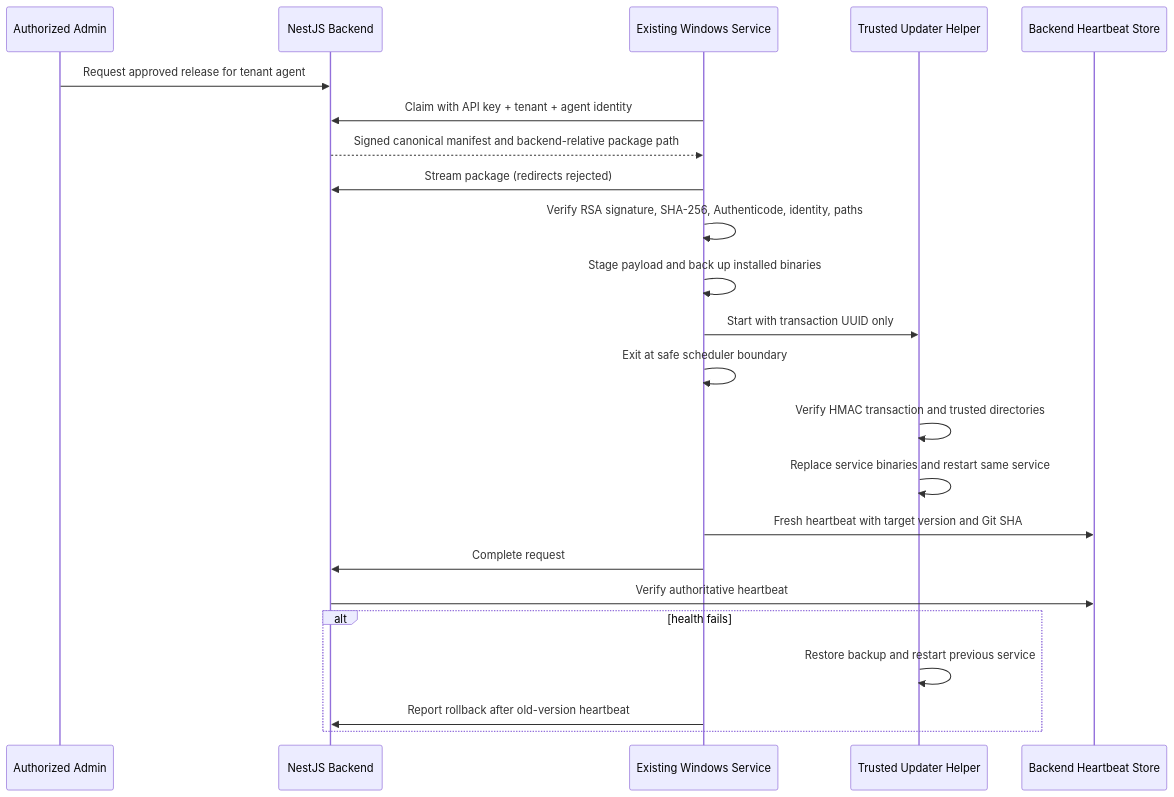
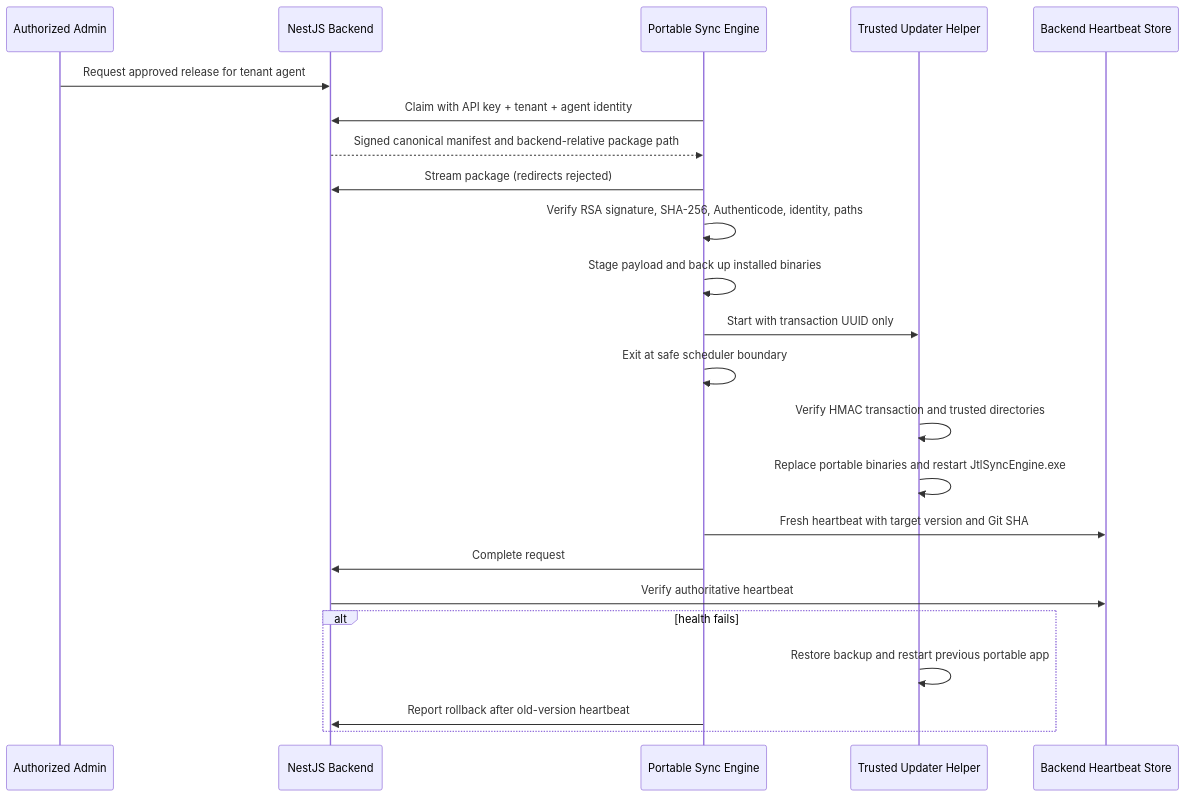
Before and after one commit to RamaniRanjanBarikdotcom/jtl-sales-dashbord: the diagram in docs/windows-in-place-update-architecture.md, drawn with Mermaid. The commit also changed other lines of this file and 18 other files, not shown here.

````diff
--- a/docs/windows-in-place-update-architecture.md
+++ b/docs/windows-in-place-update-architecture.md
@@ -5,25 +5,25 @@
 ```mermaid
 sequenceDiagram
   participant A as Authorized Admin
   participant B as NestJS Backend
-  participant S as Existing Windows Service
+  participant S as Portable Sync Engine
   participant H as Trusted Updater Helper
   participant W as Backend Heartbeat Store
   A->>B: Request approved release for tenant agent
   S->>B: Claim with API key + tenant + agent identity
   B-->>S: Signed canonical manifest and backend-relative package path
   S->>B: Stream package (redirects rejected)
   S->>S: Verify RSA signature, SHA-256, Authenticode, identity, paths
   S->>S: Stage payload and back up installed binaries
   S->>H: Start with transaction UUID only
   S->>S: Exit at safe scheduler boundary
   H->>H: Verify HMAC transaction and trusted directories
-  H->>H: Replace service binaries and restart same service
+  H->>H: Replace portable binaries and restart JtlSyncEngine.exe
   S->>W: Fresh heartbeat with target version and Git SHA
   S->>B: Complete request
   B->>W: Verify authoritative heartbeat
   alt health fails
-    H->>H: Restore backup and restart previous service
+    H->>H: Restore backup and restart previous portable app
     S->>B: Report rollback after old-version heartbeat
   end
 ```
````
